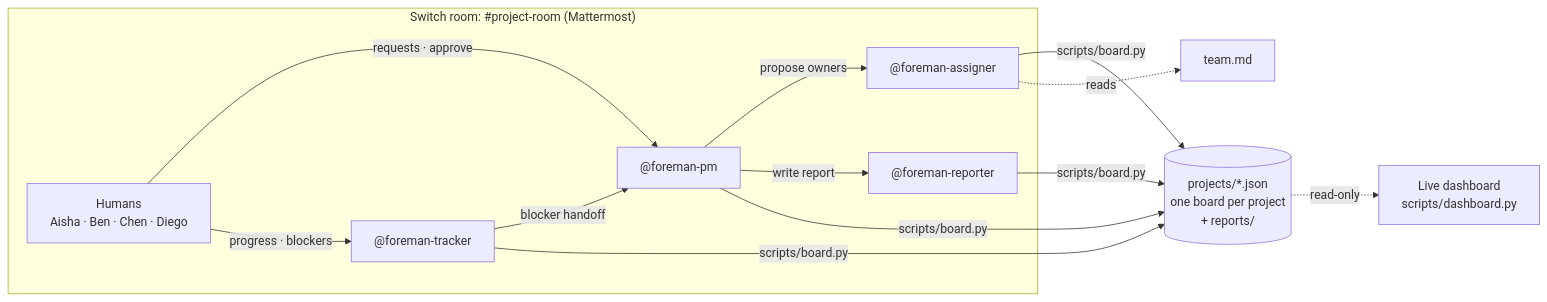
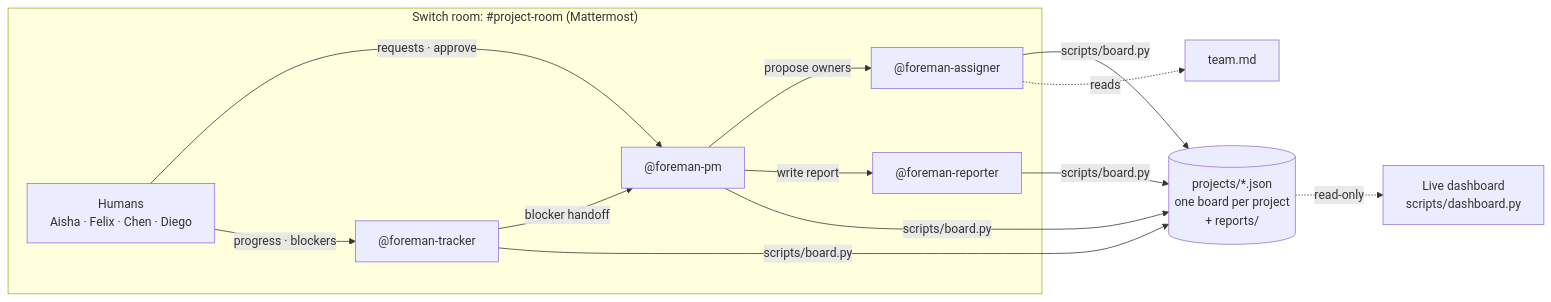
Before and after one commit to akshith-07/foreman-ai-pm: the diagram in README.md, drawn with Mermaid. The commit also changed other lines of this file and 8 other files, not shown here.

````diff
--- a/README.md
+++ b/README.md
@@ -94,18 +94,18 @@
 ```mermaid
 flowchart LR
   subgraph Room["Switch room: #project-room (Mattermost)"]
-    H["Humans<br/>Aisha · Ben · Chen · Diego"]
+    H["Humans<br/>Aisha · Felix · Chen · Diego"]
     PM["@foreman-pm"]
     AS["@foreman-assigner"]
     TR["@foreman-tracker"]
     RP["@foreman-reporter"]
   end
   H -- "requests · approve" --> PM
   H -- "progress · blockers" --> TR
   PM -- "propose owners" --> AS
   TR -- "blocker handoff" --> PM
   PM -- "write report" --> RP
   PM & AS & TR & RP -- "scripts/board.py" --> B[("projects/*.json<br/>one board per project<br/>+ reports/")]
   B -. "read-only" .-> D["Live dashboard<br/>scripts/dashboard.py"]
   AS -. reads .-> T["team.md"]
 ```
````
